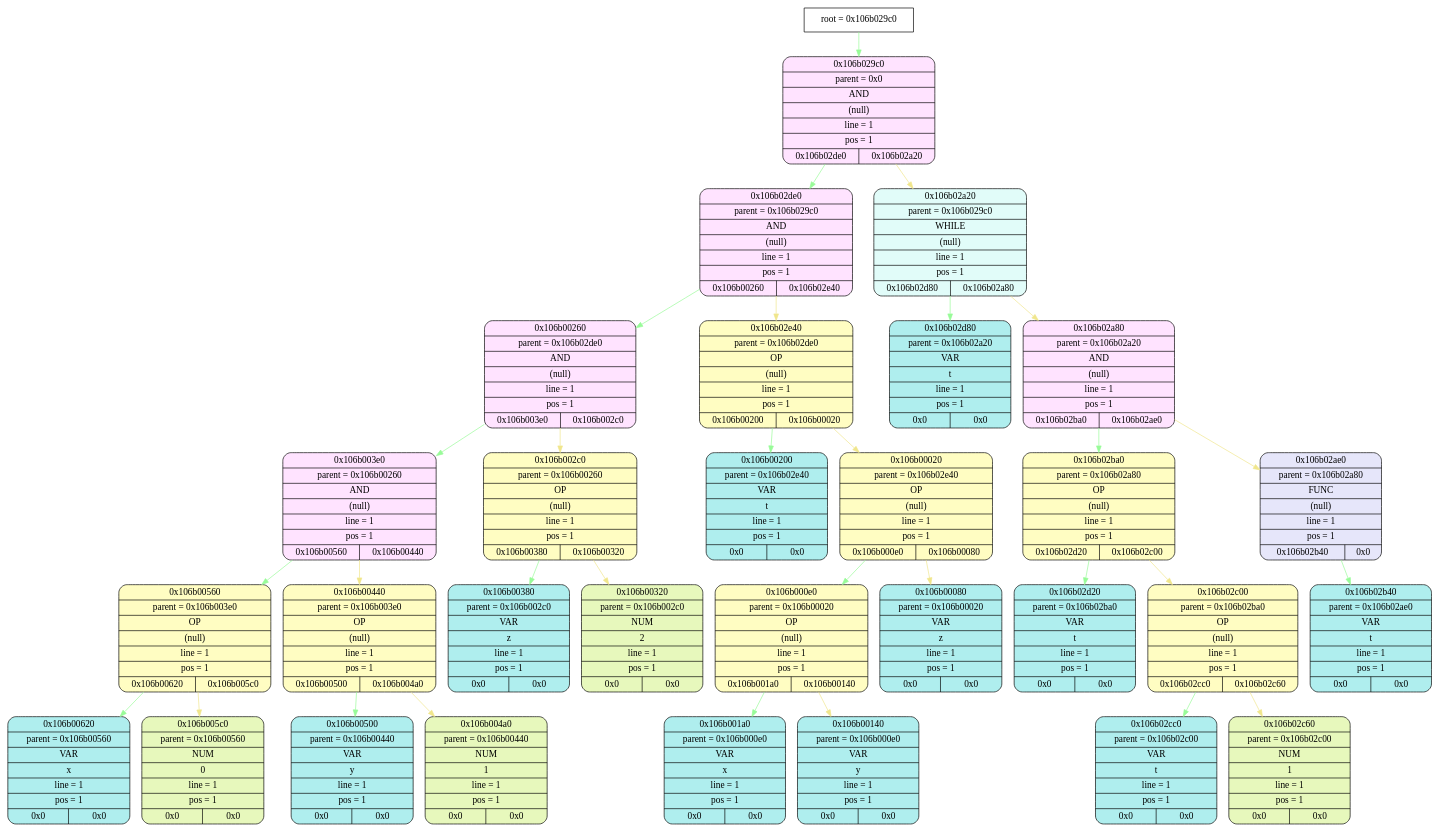
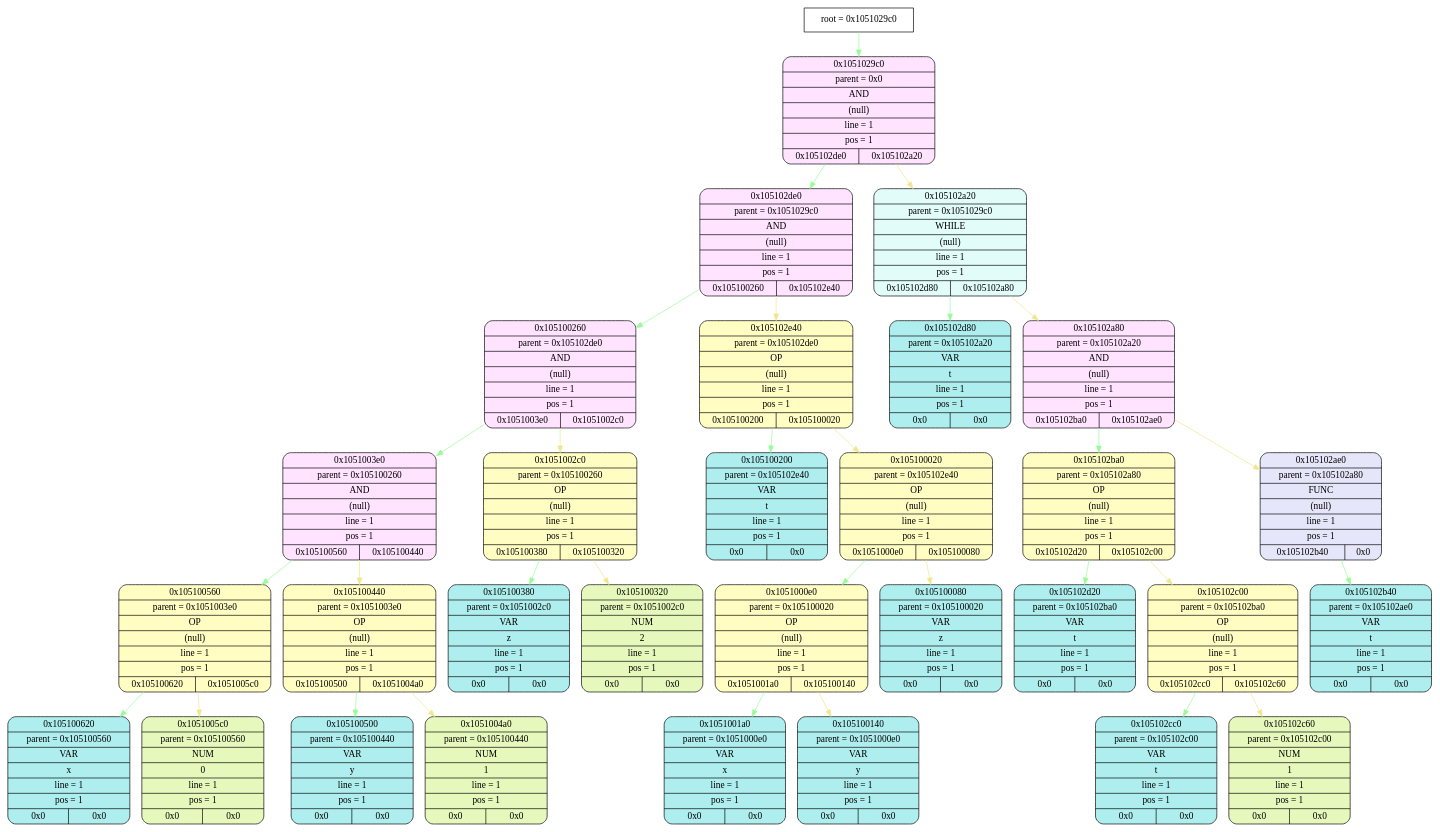
The diagram in frontend/tmp/graphviz.dot (esgalimov/language), drawn with Graphviz before and after one commit. The commit also changed 24 other files, not shown here.

```diff
--- a/frontend/tmp/graphviz.dot
+++ b/frontend/tmp/graphviz.dot
@@ -1,95 +1,95 @@
 digraph
 {
-    node_info[shape = record, label = "{root = 0x106b029c0}"];
+    node_info[shape = record, label = "{root = 0x1051029c0}"];
 
-    node_info->node_0x106b029c0 [color = "#98FB98"];
-    node_0x106b029c0[shape = Mrecord, label = "{{0x106b029c0} | {parent =  0x0} | {AND} | {(null)} | {line = 1} | {pos = 1} | {0x106b02de0 | 0x106b02a20}}",
+    node_info->node_0x1051029c0 [color = "#98FB98"];
+    node_0x1051029c0[shape = Mrecord, label = "{{0x1051029c0} | {parent =  0x0} | {AND} | {(null)} | {line = 1} | {pos = 1} | {0x105102de0 | 0x105102a20}}",
                                         style="filled", fillcolor="#FFE3FF"];
-    node_0x106b02de0[shape = Mrecord, label = "{{0x106b02de0} | {parent =  0x106b029c0} | {AND} | {(null)} | {line = 1} | {pos = 1} | {0x106b00260 | 0x106b02e40}}",
+    node_0x105102de0[shape = Mrecord, label = "{{0x105102de0} | {parent =  0x1051029c0} | {AND} | {(null)} | {line = 1} | {pos = 1} | {0x105100260 | 0x105102e40}}",
                                         style="filled", fillcolor="#FFE3FF"];
-    node_0x106b00260[shape = Mrecord, label = "{{0x106b00260} | {parent =  0x106b02de0} | {AND} | {(null)} | {line = 1} | {pos = 1} | {0x106b003e0 | 0x106b002c0}}",
+    node_0x105100260[shape = Mrecord, label = "{{0x105100260} | {parent =  0x105102de0} | {AND} | {(null)} | {line = 1} | {pos = 1} | {0x1051003e0 | 0x1051002c0}}",
                                         style="filled", fillcolor="#FFE3FF"];
-    node_0x106b003e0[shape = Mrecord, label = "{{0x106b003e0} | {parent =  0x106b00260} | {AND} | {(null)} | {line = 1} | {pos = 1} | {0x106b00560 | 0x106b00440}}",
+    node_0x1051003e0[shape = Mrecord, label = "{{0x1051003e0} | {parent =  0x105100260} | {AND} | {(null)} | {line = 1} | {pos = 1} | {0x105100560 | 0x105100440}}",
                                         style="filled", fillcolor="#FFE3FF"];
-    node_0x106b00560[shape = Mrecord, label = "{{0x106b00560} | {parent =  0x106b003e0} | {OP} | {(null)} | {line = 1} | {pos = 1} | {0x106b00620 | 0x106b005c0}}",
+    node_0x105100560[shape = Mrecord, label = "{{0x105100560} | {parent =  0x1051003e0} | {OP} | {(null)} | {line = 1} | {pos = 1} | {0x105100620 | 0x1051005c0}}",
                                         style="filled", fillcolor="#FFFDC2"];
-    node_0x106b00620[shape = Mrecord, label = "{{0x106b00620} | {parent =  0x106b00560} | {VAR} | {x} | {line = 1} | {pos = 1} | {0x0 | 0x0}}",
+    node_0x105100620[shape = Mrecord, label = "{{0x105100620} | {parent =  0x105100560} | {VAR} | {x} | {line = 1} | {pos = 1} | {0x0 | 0x0}}",
                                         style="filled", fillcolor="#AFEEEE"];
-    node_0x106b005c0[shape = Mrecord, label = "{{0x106b005c0} | {parent =  0x106b00560} | {NUM} | {0} | {line = 1} | {pos = 1} | {0x0 | 0x0}}",
+    node_0x1051005c0[shape = Mrecord, label = "{{0x1051005c0} | {parent =  0x105100560} | {NUM} | {0} | {line = 1} | {pos = 1} | {0x0 | 0x0}}",
                 style="filled", fillcolor="#E7F8BC"];
-    node_0x106b00440[shape = Mrecord, label = "{{0x106b00440} | {parent =  0x106b003e0} | {OP} | {(null)} | {line = 1} | {pos = 1} | {0x106b00500 | 0x106b004a0}}",
+    node_0x105100440[shape = Mrecord, label = "{{0x105100440} | {parent =  0x1051003e0} | {OP} | {(null)} | {line = 1} | {pos = 1} | {0x105100500 | 0x1051004a0}}",
                                         style="filled", fillcolor="#FFFDC2"];
-    node_0x106b00500[shape = Mrecord, label = "{{0x106b00500} | {parent =  0x106b00440} | {VAR} | {y} | {line = 1} | {pos = 1} | {0x0 | 0x0}}",
+    node_0x105100500[shape = Mrecord, label = "{{0x105100500} | {parent =  0x105100440} | {VAR} | {y} | {line = 1} | {pos = 1} | {0x0 | 0x0}}",
                                         style="filled", fillcolor="#AFEEEE"];
-    node_0x106b004a0[shape = Mrecord, label = "{{0x106b004a0} | {parent =  0x106b00440} | {NUM} | {1} | {line = 1} | {pos = 1} | {0x0 | 0x0}}",
+    node_0x1051004a0[shape = Mrecord, label = "{{0x1051004a0} | {parent =  0x105100440} | {NUM} | {1} | {line = 1} | {pos = 1} | {0x0 | 0x0}}",
                 style="filled", fillcolor="#E7F8BC"];
-    node_0x106b002c0[shape = Mrecord, label = "{{0x106b002c0} | {parent =  0x106b00260} | {OP} | {(null)} | {line = 1} | {pos = 1} | {0x106b00380 | 0x106b00320}}",
+    node_0x1051002c0[shape = Mrecord, label = "{{0x1051002c0} | {parent =  0x105100260} | {OP} | {(null)} | {line = 1} | {pos = 1} | {0x105100380 | 0x105100320}}",
                                         style="filled", fillcolor="#FFFDC2"];
-    node_0x106b00380[shape = Mrecord, label = "{{0x106b00380} | {parent =  0x106b002c0} | {VAR} | {z} | {line = 1} | {pos = 1} | {0x0 | 0x0}}",
+    node_0x105100380[shape = Mrecord, label = "{{0x105100380} | {parent =  0x1051002c0} | {VAR} | {z} | {line = 1} | {pos = 1} | {0x0 | 0x0}}",
                                         style="filled", fillcolor="#AFEEEE"];
-    node_0x106b00320[shape = Mrecord, label = "{{0x106b00320} | {parent =  0x106b002c0} | {NUM} | {2} | {line = 1} | {pos = 1} | {0x0 | 0x0}}",
+    node_0x105100320[shape = Mrecord, label = "{{0x105100320} | {parent =  0x1051002c0} | {NUM} | {2} | {line = 1} | {pos = 1} | {0x0 | 0x0}}",
                 style="filled", fillcolor="#E7F8BC"];
-    node_0x106b02e40[shape = Mrecord, label = "{{0x106b02e40} | {parent =  0x106b02de0} | {OP} | {(null)} | {line = 1} | {pos = 1} | {0x106b00200 | 0x106b00020}}",
+    node_0x105102e40[shape = Mrecord, label = "{{0x105102e40} | {parent =  0x105102de0} | {OP} | {(null)} | {line = 1} | {pos = 1} | {0x105100200 | 0x105100020}}",
                                         style="filled", fillcolor="#FFFDC2"];
-    node_0x106b00200[shape = Mrecord, label = "{{0x106b00200} | {parent =  0x106b02e40} | {VAR} | {t} | {line = 1} | {pos = 1} | {0x0 | 0x0}}",
+    node_0x105100200[shape = Mrecord, label = "{{0x105100200} | {parent =  0x105102e40} | {VAR} | {t} | {line = 1} | {pos = 1} | {0x0 | 0x0}}",
                                         style="filled", fillcolor="#AFEEEE"];
-    node_0x106b00020[shape = Mrecord, label = "{{0x106b00020} | {parent =  0x106b02e40} | {OP} | {(null)} | {line = 1} | {pos = 1} | {0x106b000e0 | 0x106b00080}}",
+    node_0x105100020[shape = Mrecord, label = "{{0x105100020} | {parent =  0x105102e40} | {OP} | {(null)} | {line = 1} | {pos = 1} | {0x1051000e0 | 0x105100080}}",
                                         style="filled", fillcolor="#FFFDC2"];
-    node_0x106b000e0[shape = Mrecord, label = "{{0x106b000e0} | {parent =  0x106b00020} | {OP} | {(null)} | {line = 1} | {pos = 1} | {0x106b001a0 | 0x106b00140}}",
+    node_0x1051000e0[shape = Mrecord, label = "{{0x1051000e0} | {parent =  0x105100020} | {OP} | {(null)} | {line = 1} | {pos = 1} | {0x1051001a0 | 0x105100140}}",
                                         style="filled", fillcolor="#FFFDC2"];
-    node_0x106b001a0[shape = Mrecord, label = "{{0x106b001a0} | {parent =  0x106b000e0} | {VAR} | {x} | {line = 1} | {pos = 1} | {0x0 | 0x0}}",
+    node_0x1051001a0[shape = Mrecord, label = "{{0x1051001a0} | {parent =  0x1051000e0} | {VAR} | {x} | {line = 1} | {pos = 1} | {0x0 | 0x0}}",
                                         style="filled", fillcolor="#AFEEEE"];
-    node_0x106b00140[shape = Mrecord, label = "{{0x106b00140} | {parent =  0x106b000e0} | {VAR} | {y} | {line = 1} | {pos = 1} | {0x0 | 0x0}}",
+    node_0x105100140[shape = Mrecord, label = "{{0x105100140} | {parent =  0x1051000e0} | {VAR} | {y} | {line = 1} | {pos = 1} | {0x0 | 0x0}}",
                                         style="filled", fillcolor="#AFEEEE"];
-    node_0x106b00080[shape = Mrecord, label = "{{0x106b00080} | {parent =  0x106b00020} | {VAR} | {z} | {line = 1} | {pos = 1} | {0x0 | 0x0}}",
+    node_0x105100080[shape = Mrecord, label = "{{0x105100080} | {parent =  0x105100020} | {VAR} | {z} | {line = 1} | {pos = 1} | {0x0 | 0x0}}",
                                         style="filled", fillcolor="#AFEEEE"];
-    node_0x106b02a20[shape = Mrecord, label = "{{0x106b02a20} | {parent =  0x106b029c0} | {WHILE} | {(null)} | {line = 1} | {pos = 1} | {0x106b02d80 | 0x106b02a80}}",
+    node_0x105102a20[shape = Mrecord, label = "{{0x105102a20} | {parent =  0x1051029c0} | {WHILE} | {(null)} | {line = 1} | {pos = 1} | {0x105102d80 | 0x105102a80}}",
                                         style="filled", fillcolor="#E1FCF9"];
-    node_0x106b02d80[shape = Mrecord, label = "{{0x106b02d80} | {parent =  0x106b02a20} | {VAR} | {t} | {line = 1} | {pos = 1} | {0x0 | 0x0}}",
+    node_0x105102d80[shape = Mrecord, label = "{{0x105102d80} | {parent =  0x105102a20} | {VAR} | {t} | {line = 1} | {pos = 1} | {0x0 | 0x0}}",
                                         style="filled", fillcolor="#AFEEEE"];
-    node_0x106b02a80[shape = Mrecord, label = "{{0x106b02a80} | {parent =  0x106b02a20} | {AND} | {(null)} | {line = 1} | {pos = 1} | {0x106b02ba0 | 0x106b02ae0}}",
+    node_0x105102a80[shape = Mrecord, label = "{{0x105102a80} | {parent =  0x105102a20} | {AND} | {(null)} | {line = 1} | {pos = 1} | {0x105102ba0 | 0x105102ae0}}",
                                         style="filled", fillcolor="#FFE3FF"];
-    node_0x106b02ba0[shape = Mrecord, label = "{{0x106b02ba0} | {parent =  0x106b02a80} | {OP} | {(null)} | {line = 1} | {pos = 1} | {0x106b02d20 | 0x106b02c00}}",
+    node_0x105102ba0[shape = Mrecord, label = "{{0x105102ba0} | {parent =  0x105102a80} | {OP} | {(null)} | {line = 1} | {pos = 1} | {0x105102d20 | 0x105102c00}}",
                                         style="filled", fillcolor="#FFFDC2"];
-    node_0x106b02d20[shape = Mrecord, label = "{{0x106b02d20} | {parent =  0x106b02ba0} | {VAR} | {t} | {line = 1} | {pos = 1} | {0x0 | 0x0}}",
+    node_0x105102d20[shape = Mrecord, label = "{{0x105102d20} | {parent =  0x105102ba0} | {VAR} | {t} | {line = 1} | {pos = 1} | {0x0 | 0x0}}",
                                         style="filled", fillcolor="#AFEEEE"];
-    node_0x106b02c00[shape = Mrecord, label = "{{0x106b02c00} | {parent =  0x106b02ba0} | {OP} | {(null)} | {line = 1} | {pos = 1} | {0x106b02cc0 | 0x106b02c60}}",
+    node_0x105102c00[shape = Mrecord, label = "{{0x105102c00} | {parent =  0x105102ba0} | {OP} | {(null)} | {line = 1} | {pos = 1} | {0x105102cc0 | 0x105102c60}}",
                                         style="filled", fillcolor="#FFFDC2"];
-    node_0x106b02cc0[shape = Mrecord, label = "{{0x106b02cc0} | {parent =  0x106b02c00} | {VAR} | {t} | {line = 1} | {pos = 1} | {0x0 | 0x0}}",
+    node_0x105102cc0[shape = Mrecord, label = "{{0x105102cc0} | {parent =  0x105102c00} | {VAR} | {t} | {line = 1} | {pos = 1} | {0x0 | 0x0}}",
                                         style="filled", fillcolor="#AFEEEE"];
-    node_0x106b02c60[shape = Mrecord, label = "{{0x106b02c60} | {parent =  0x106b02c00} | {NUM} | {1} | {line = 1} | {pos = 1} | {0x0 | 0x0}}",
+    node_0x105102c60[shape = Mrecord, label = "{{0x105102c60} | {parent =  0x105102c00} | {NUM} | {1} | {line = 1} | {pos = 1} | {0x0 | 0x0}}",
                 style="filled", fillcolor="#E7F8BC"];
-    node_0x106b02ae0[shape = Mrecord, label = "{{0x106b02ae0} | {parent =  0x106b02a80} | {FUNC} | {(null)} | {line = 1} | {pos = 1} | {0x106b02b40 | 0x0}}",
+    node_0x105102ae0[shape = Mrecord, label = "{{0x105102ae0} | {parent =  0x105102a80} | {FUNC} | {(null)} | {line = 1} | {pos = 1} | {0x105102b40 | 0x0}}",
                                         style="filled", fillcolor="#E6E6FA"];
-    node_0x106b02b40[shape = Mrecord, label = "{{0x106b02b40} | {parent =  0x106b02ae0} | {VAR} | {t} | {line = 1} | {pos = 1} | {0x0 | 0x0}}",
+    node_0x105102b40[shape = Mrecord, label = "{{0x105102b40} | {parent =  0x105102ae0} | {VAR} | {t} | {line = 1} | {pos = 1} | {0x0 | 0x0}}",
                                         style="filled", fillcolor="#AFEEEE"];
-    node_0x106b029c0->node_0x106b02de0 [color = "#98FB98"];
-    node_0x106b02de0->node_0x106b00260 [color = "#98FB98"];
-    node_0x106b00260->node_0x106b003e0 [color = "#98FB98"];
-    node_0x106b003e0->node_0x106b00560 [color = "#98FB98"];
-    node_0x106b00560->node_0x106b00620 [color = "#98FB98"];
-    node_0x106b00560->node_0x106b005c0 [color = "#F0E68C"];
-    node_0x106b003e0->node_0x106b00440 [color = "#F0E68C"];
-    node_0x106b00440->node_0x106b00500 [color = "#98FB98"];
-    node_0x106b00440->node_0x106b004a0 [color = "#F0E68C"];
-    node_0x106b00260->node_0x106b002c0 [color = "#F0E68C"];
-    node_0x106b002c0->node_0x106b00380 [color = "#98FB98"];
-    node_0x106b002c0->node_0x106b00320 [color = "#F0E68C"];
-    node_0x106b02de0->node_0x106b02e40 [color = "#F0E68C"];
-    node_0x106b02e40->node_0x106b00200 [color = "#98FB98"];
-    node_0x106b02e40->node_0x106b00020 [color = "#F0E68C"];
-    node_0x106b00020->node_0x106b000e0 [color = "#98FB98"];
-    node_0x106b000e0->node_0x106b001a0 [color = "#98FB98"];
-    node_0x106b000e0->node_0x106b00140 [color = "#F0E68C"];
-    node_0x106b00020->node_0x106b00080 [color = "#F0E68C"];
-    node_0x106b029c0->node_0x106b02a20 [color = "#F0E68C"];
-    node_0x106b02a20->node_0x106b02d80 [color = "#98FB98"];
-    node_0x106b02a20->node_0x106b02a80 [color = "#F0E68C"];
-    node_0x106b02a80->node_0x106b02ba0 [color = "#98FB98"];
-    node_0x106b02ba0->node_0x106b02d20 [color = "#98FB98"];
-    node_0x106b02ba0->node_0x106b02c00 [color = "#F0E68C"];
-    node_0x106b02c00->node_0x106b02cc0 [color = "#98FB98"];
-    node_0x106b02c00->node_0x106b02c60 [color = "#F0E68C"];
-    node_0x106b02a80->node_0x106b02ae0 [color = "#F0E68C"];
-    node_0x106b02ae0->node_0x106b02b40 [color = "#98FB98"];
+    node_0x1051029c0->node_0x105102de0 [color = "#98FB98"];
+    node_0x105102de0->node_0x105100260 [color = "#98FB98"];
+    node_0x105100260->node_0x1051003e0 [color = "#98FB98"];
+    node_0x1051003e0->node_0x105100560 [color = "#98FB98"];
+    node_0x105100560->node_0x105100620 [color = "#98FB98"];
+    node_0x105100560->node_0x1051005c0 [color = "#F0E68C"];
+    node_0x1051003e0->node_0x105100440 [color = "#F0E68C"];
+    node_0x105100440->node_0x105100500 [color = "#98FB98"];
+    node_0x105100440->node_0x1051004a0 [color = "#F0E68C"];
+    node_0x105100260->node_0x1051002c0 [color = "#F0E68C"];
+    node_0x1051002c0->node_0x105100380 [color = "#98FB98"];
+    node_0x1051002c0->node_0x105100320 [color = "#F0E68C"];
+    node_0x105102de0->node_0x105102e40 [color = "#F0E68C"];
+    node_0x105102e40->node_0x105100200 [color = "#98FB98"];
+    node_0x105102e40->node_0x105100020 [color = "#F0E68C"];
+    node_0x105100020->node_0x1051000e0 [color = "#98FB98"];
+    node_0x1051000e0->node_0x1051001a0 [color = "#98FB98"];
+    node_0x1051000e0->node_0x105100140 [color = "#F0E68C"];
+    node_0x105100020->node_0x105100080 [color = "#F0E68C"];
+    node_0x1051029c0->node_0x105102a20 [color = "#F0E68C"];
+    node_0x105102a20->node_0x105102d80 [color = "#98FB98"];
+    node_0x105102a20->node_0x105102a80 [color = "#F0E68C"];
+    node_0x105102a80->node_0x105102ba0 [color = "#98FB98"];
+    node_0x105102ba0->node_0x105102d20 [color = "#98FB98"];
+    node_0x105102ba0->node_0x105102c00 [color = "#F0E68C"];
+    node_0x105102c00->node_0x105102cc0 [color = "#98FB98"];
+    node_0x105102c00->node_0x105102c60 [color = "#F0E68C"];
+    node_0x105102a80->node_0x105102ae0 [color = "#F0E68C"];
+    node_0x105102ae0->node_0x105102b40 [color = "#98FB98"];
 }
```
